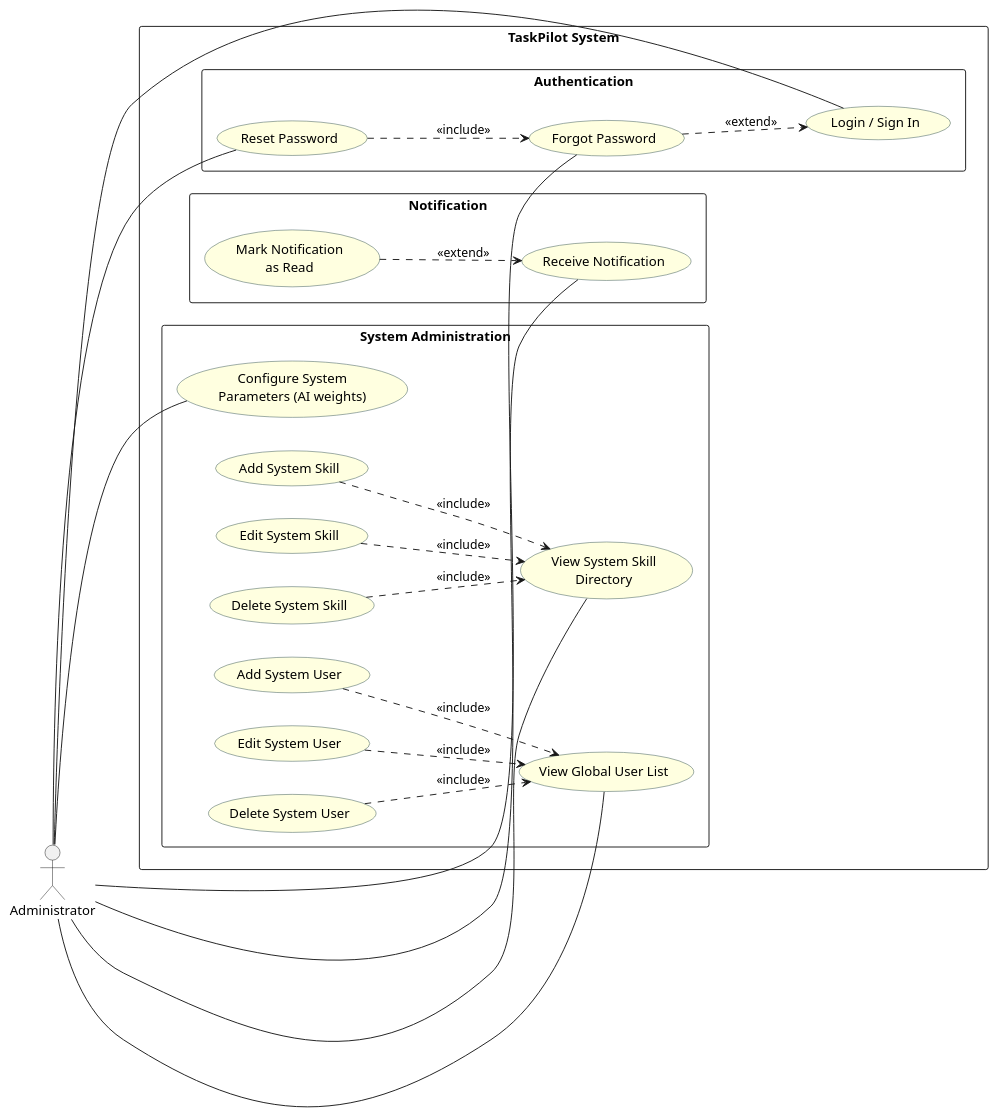
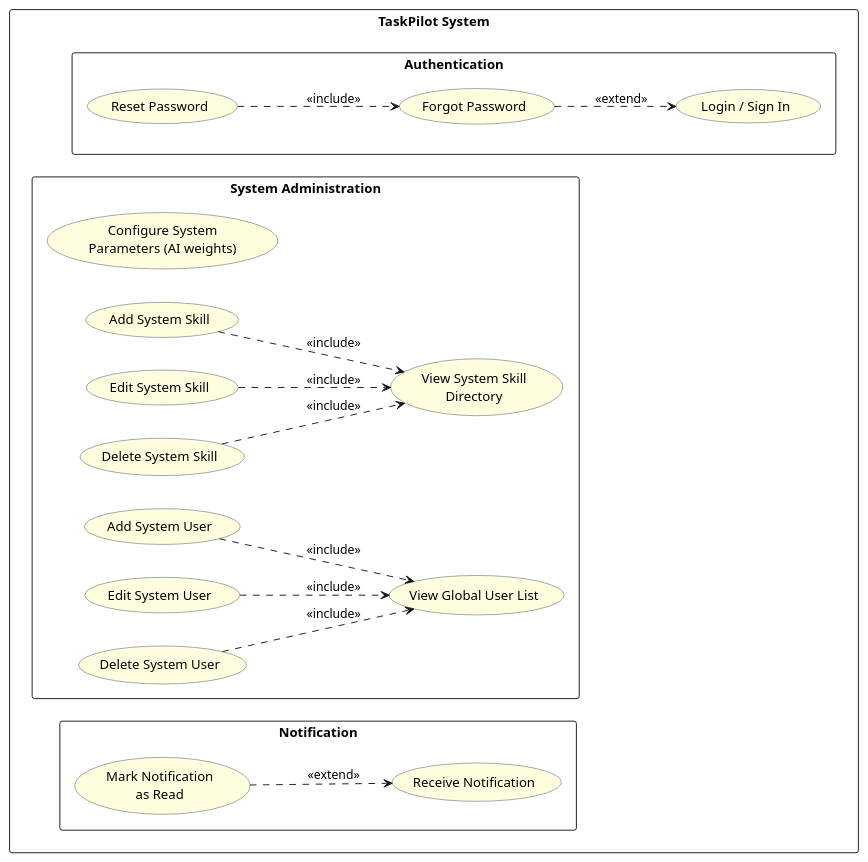
One commit to taskpilot-platform/taskpilot-platform.github.io changed the diagram in docs/docs/use-case/admin.md. Above: the diagram before and after it, drawn with PlantUML. The commit also changed 3 other files, not shown here.

````diff
--- a/docs/docs/use-case/admin.md
+++ b/docs/docs/use-case/admin.md
@@ -3,60 +3,50 @@
 ```plantuml
 @startuml
 left to right direction
 skinparam packageStyle rectangle
 skinparam usecase {
   BackgroundColor LightYellow
   BorderColor DarkSlateGray
 }
-
-actor "Administrator" as AD
 
 rectangle "TaskPilot System" {
 
   package "Authentication" {
     usecase "Login / Sign In" as UC_LOGIN
     usecase "Forgot Password" as UC_FORGOT
     usecase "Reset Password" as UC_RESET
   }
 
   package "System Administration" {
     usecase "Configure System\nParameters (AI weights)" as UC_CFG
     usecase "View System Skill\nDirectory" as UC_VIEW_SK
     usecase "Add System Skill" as UC_ADD_SK
     usecase "Edit System Skill" as UC_EDIT_SK
     usecase "Delete System Skill" as UC_DEL_SK
     usecase "View Global User List" as UC_VIEW_US
     usecase "Add System User" as UC_ADD_US
     usecase "Edit System User" as UC_EDIT_US
     usecase "Delete System User" as UC_DEL_US
   }
 
   package "Notification" {
     usecase "Receive Notification" as UC_NOTI
     usecase "Mark Notification\nas Read" as UC_MARK
   }
 
   ' === Include ===
   UC_RESET ..> UC_FORGOT : <<include>>
   UC_ADD_SK ..> UC_VIEW_SK : <<include>>
   UC_EDIT_SK ..> UC_VIEW_SK : <<include>>
   UC_DEL_SK ..> UC_VIEW_SK : <<include>>
   UC_ADD_US ..> UC_VIEW_US : <<include>>
   UC_EDIT_US ..> UC_VIEW_US : <<include>>
   UC_DEL_US ..> UC_VIEW_US : <<include>>
 
   ' === Extend ===
   UC_FORGOT ..> UC_LOGIN : <<extend>>
   UC_MARK ..> UC_NOTI : <<extend>>
 }
 
-AD -- UC_LOGIN
-AD -- UC_FORGOT
-AD -- UC_RESET
-AD -- UC_CFG
-AD -- UC_VIEW_SK
-AD -- UC_VIEW_US
-AD -- UC_NOTI
-
 @enduml
 ```
````
